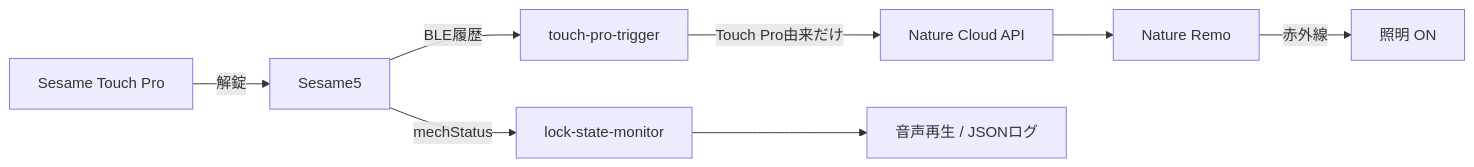
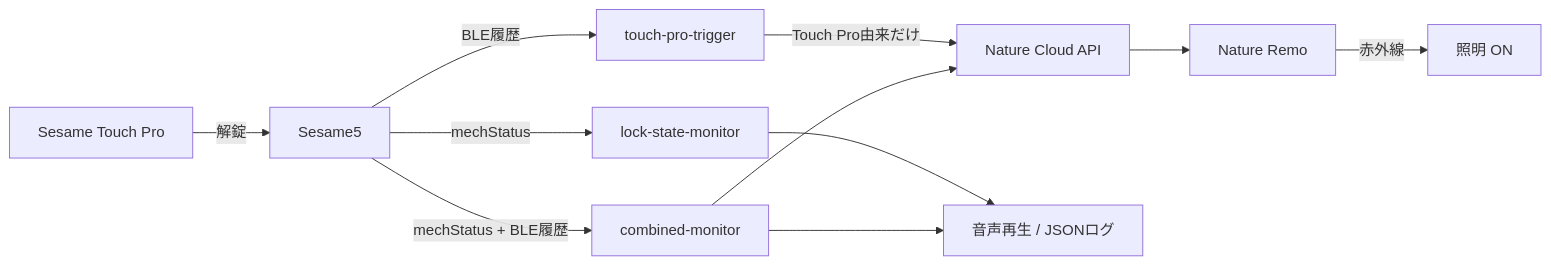
The diagram in README.md (hiroto7/sesame-remo), drawn with Mermaid before and after one commit. The commit also changed other lines of this file and 12 other files, not shown here.

````diff
--- a/README.md
+++ b/README.md
@@ -7,10 +7,13 @@
 ```mermaid
 flowchart LR
     TP["Sesame Touch Pro"] -->|"解錠"| S5["Sesame5"]
     S5 -->|"BLE履歴"| TRIGGER["touch-pro-trigger"]
     TRIGGER -->|"Touch Pro由来だけ"| API["Nature Cloud API"]
     API --> REMO["Nature Remo"]
     REMO -->|"赤外線"| LIGHT["照明 ON"]
     S5 -->|"mechStatus"| MONITOR["lock-state-monitor"]
     MONITOR --> SOUND["音声再生 / JSONログ"]
+    S5 -->|"mechStatus + BLE履歴"| COMBINED["combined-monitor"]
+    COMBINED --> SOUND
+    COMBINED --> API
 ```
````
